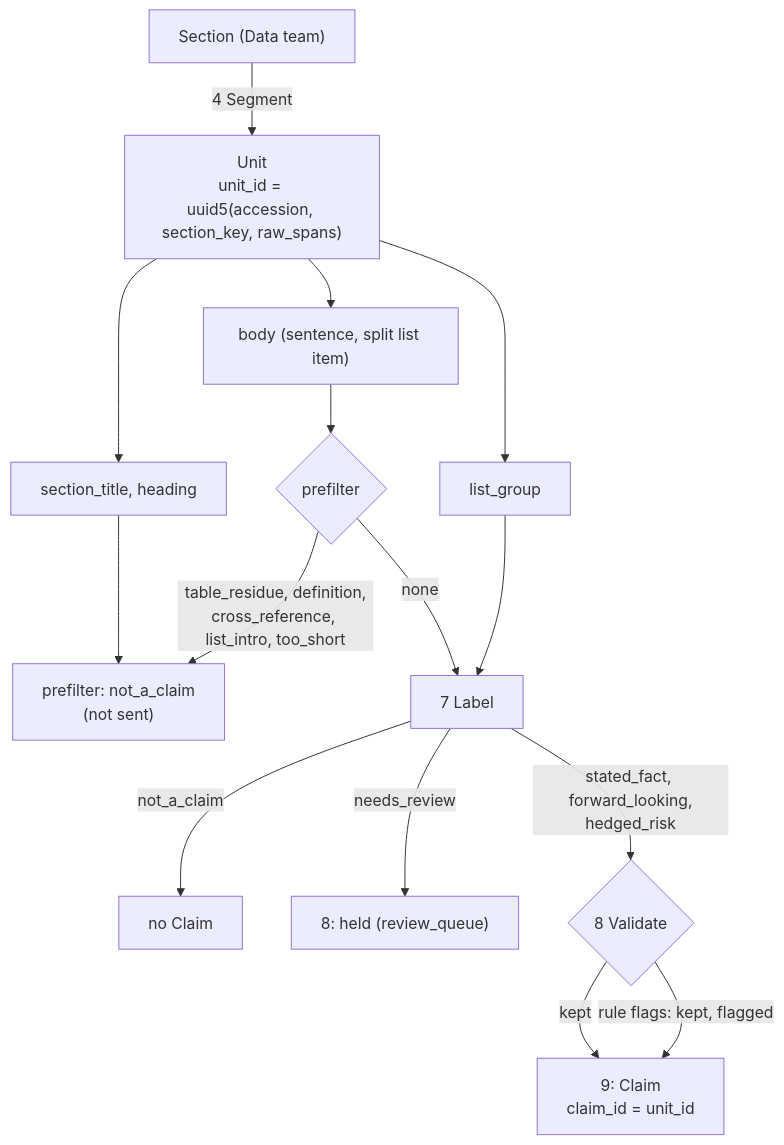
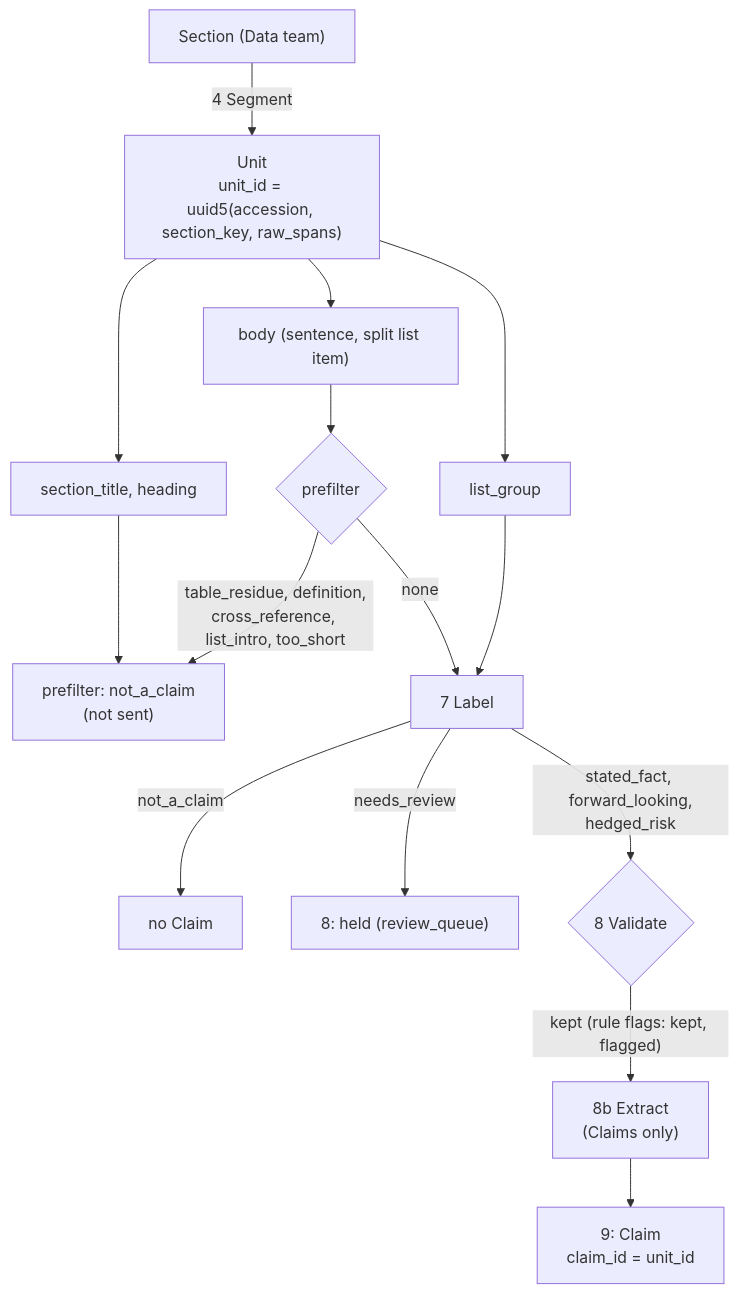
One commit to ZiyiClaudiaWang/KPMG-GraphRAG changed the seventh of 7 diagrams in extraction_pipeline/README.md. Above: the diagram before and after it, drawn with Mermaid. The commit also changed other lines of this file and 22 other files, not shown here.

First line of the commit message:
Step 7 label_v3 and new step 8b extract (Claims only); remove checks/claim_repeats.py

````diff
--- a/extraction_pipeline/README.md
+++ b/extraction_pipeline/README.md
@@ -204,17 +206,17 @@
 ```mermaid
 flowchart TD
     S["Section (Data team)"] -->|"4 Segment"| U["Unit<br/>unit_id = uuid5(accession, section_key, raw_spans)"]
     U --> R1["section_title, heading"]
     U --> R2["body (sentence, split list item)"]
     U --> R3["list_group"]
     R1 --> NO["prefilter: not_a_claim<br/>(not sent)"]
     R2 --> P{"prefilter"}
     P -->|"table_residue, definition,<br/>cross_reference, list_intro, too_short"| NO
     P -->|"none"| LLM["7 Label"]
     R3 --> LLM
     LLM -->|"not_a_claim"| X["no Claim"]
     LLM -->|"needs_review"| H["8: held (review_queue)"]
     LLM -->|"stated_fact, forward_looking,<br/>hedged_risk"| V{"8 Validate"}
-    V -->|"kept"| C["9: Claim<br/>claim_id = unit_id"]
-    V -->|"rule flags: kept, flagged"| C
+    V -->|"kept (rule flags: kept, flagged)"| E["8b Extract<br/>(Claims only)"]
+    E --> C["9: Claim<br/>claim_id = unit_id"]
 ```
````
